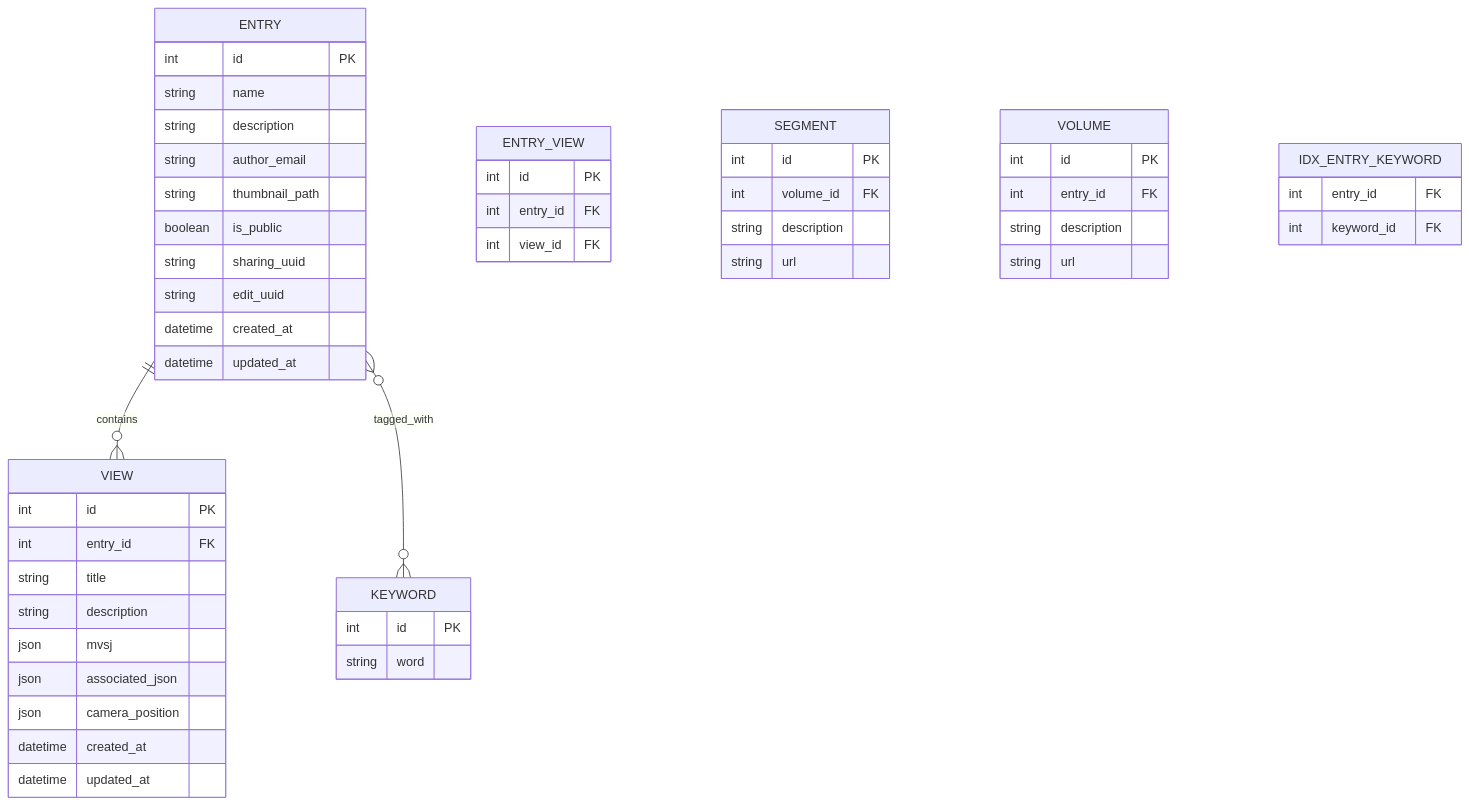
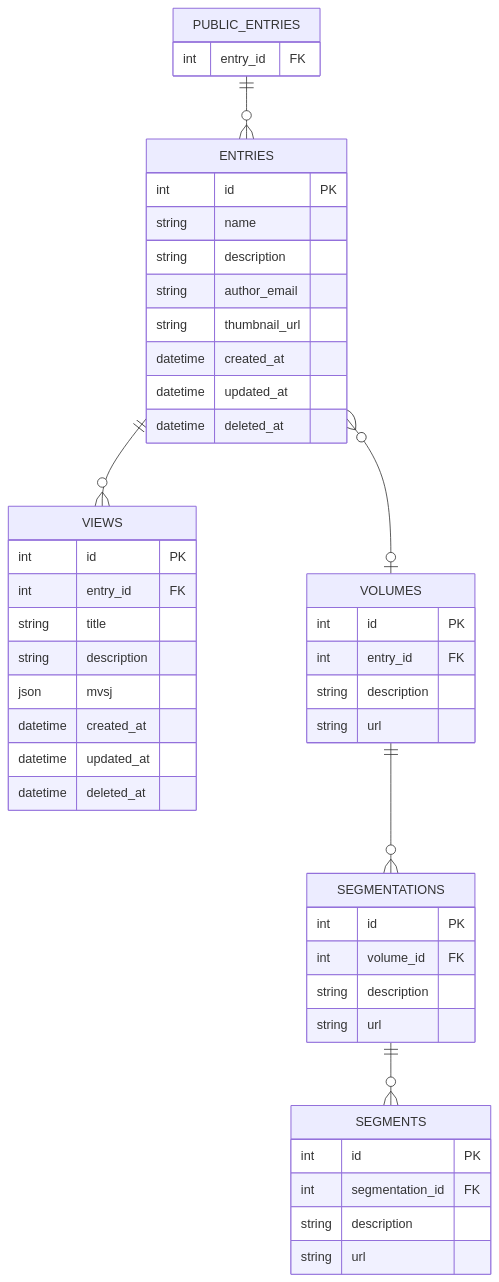
Before and after one commit to MergunFrimen/cellim-viewer: the diagram in server/docs/erd.mermaid, drawn with Mermaid. The commit also changed 13 other files, not shown here.

```diff
--- a/server/docs/erd.mermaid
+++ b/server/docs/erd.mermaid
@@ -1,58 +1,58 @@
 erDiagram
-    ENTRY {
+
+    ENTRIES {
         int id PK
+
         string name
         string description
         string author_email
-        string thumbnail_path
-        boolean is_public
-        string sharing_uuid
-        string edit_uuid
+        string thumbnail_url
+
         datetime created_at
         datetime updated_at
+        datetime deleted_at
     }
 
-    VIEW {
+    PUBLIC_ENTRIES {
+        int entry_id FK
+    }
+
+    VIEWS {
         int id PK
         int entry_id FK
+
         string title
         string description
         json mvsj
-        json associated_json
-        json camera_position
+
         datetime created_at
         datetime updated_at
+        datetime deleted_at
     }
 
-    ENTRY_VIEW {
-        int id PK
-        int entry_id FK
-        int view_id FK
-    }
-
-    KEYWORD {
-        int id PK
-        string word
-    }
-
-    SEGMENT {
+    SEGMENTATIONS {
         int id PK
         int volume_id FK
         string description
         string url
     }
 
-    VOLUME {
+    SEGMENTS {
+        int id PK
+        int segmentation_id FK
+        string description
+        string url
+    }
+
+    VOLUMES {
         int id PK
         int entry_id FK
         string description
         string url
     }
 
-    IDX_ENTRY_KEYWORD {
-        int entry_id FK
-        int keyword_id FK
-    }
-
-    ENTRY ||--o{ VIEW : "contains"
-    ENTRY }o--o{ KEYWORD : "tagged_with"
+    ENTRIES ||--o{ VIEWS : ""
+    ENTRIES }o--o| VOLUMES : ""
+    VOLUMES ||--o{ SEGMENTATIONS : ""
+    SEGMENTATIONS ||--o{ SEGMENTS : ""
+    PUBLIC_ENTRIES ||--o{ ENTRIES : ""
```
